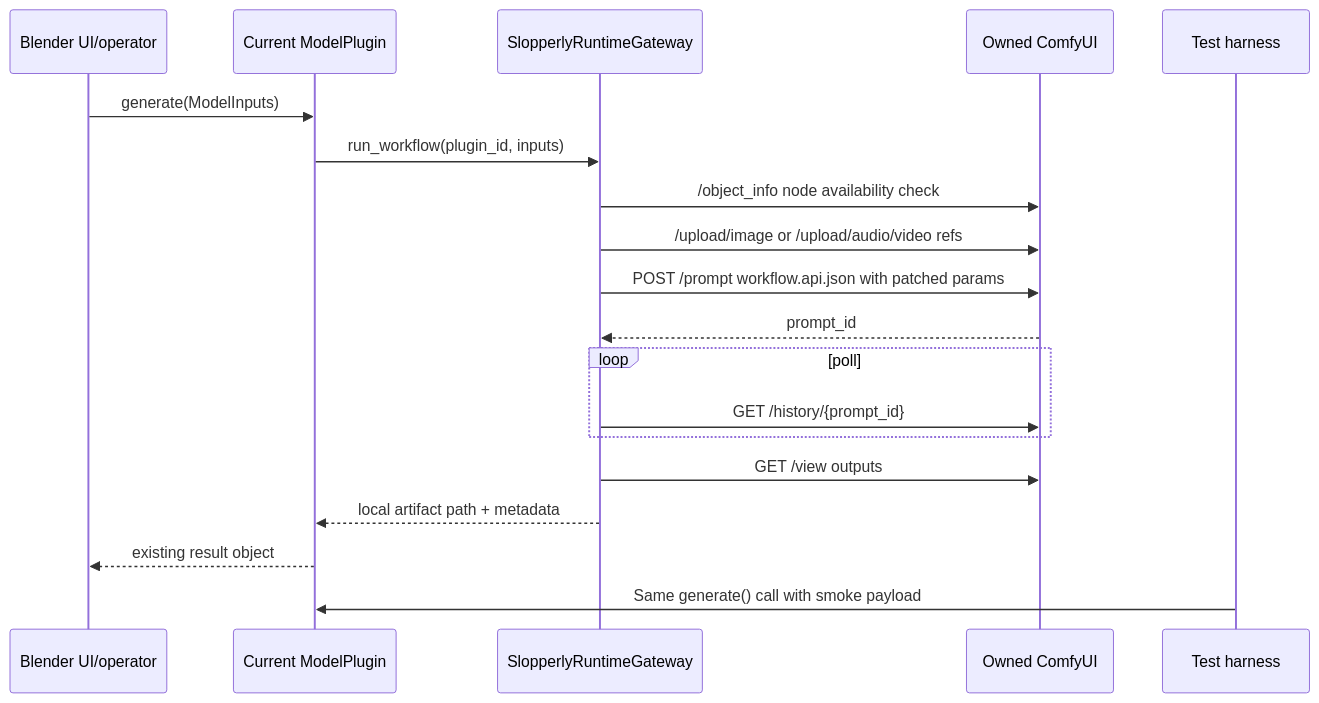
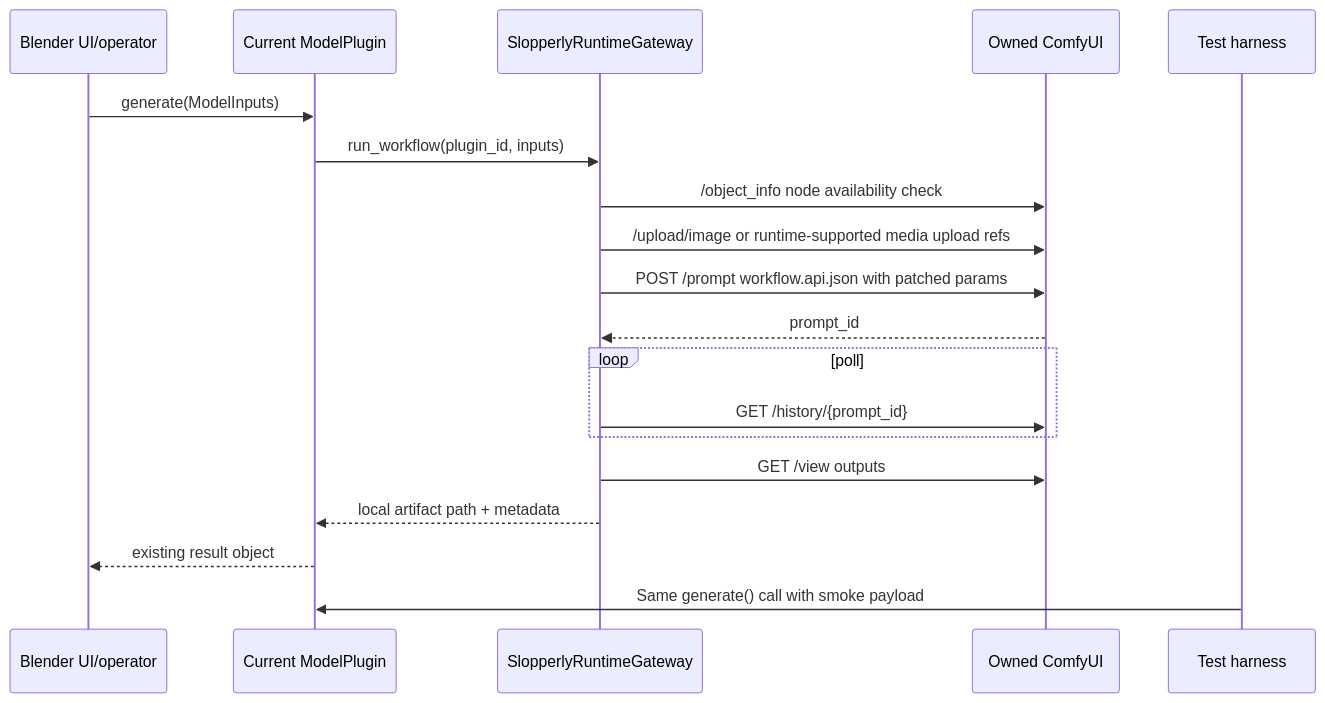
Before and after one commit to openresearchtools/slopperly: the second of 3 diagrams in AGENTS.md, drawn with Mermaid. The commit also changed other lines of this file and 10 other files, not shown here.

Commit message:
Certify MMAudio local video-to-audio

````diff
--- a/AGENTS.md
+++ b/AGENTS.md
@@ -239,22 +241,22 @@
 ```mermaid
 sequenceDiagram
     participant UI as Blender UI/operator
     participant P as Current ModelPlugin
     participant G as SlopperlyRuntimeGateway
     participant C as Owned ComfyUI
     participant T as Test harness
 
     UI->>P: generate(ModelInputs)
     P->>G: run_workflow(plugin_id, inputs)
     G->>C: /object_info node availability check
-    G->>C: /upload/image or /upload/audio/video refs
+    G->>C: /upload/image or runtime-supported media upload refs
     G->>C: POST /prompt workflow.api.json with patched params
     C-->>G: prompt_id
     loop poll
         G->>C: GET /history/{prompt_id}
     end
     G->>C: GET /view outputs
     G-->>P: local artifact path + metadata
     P-->>UI: existing result object
     T->>P: Same generate() call with smoke payload
 ```
````
